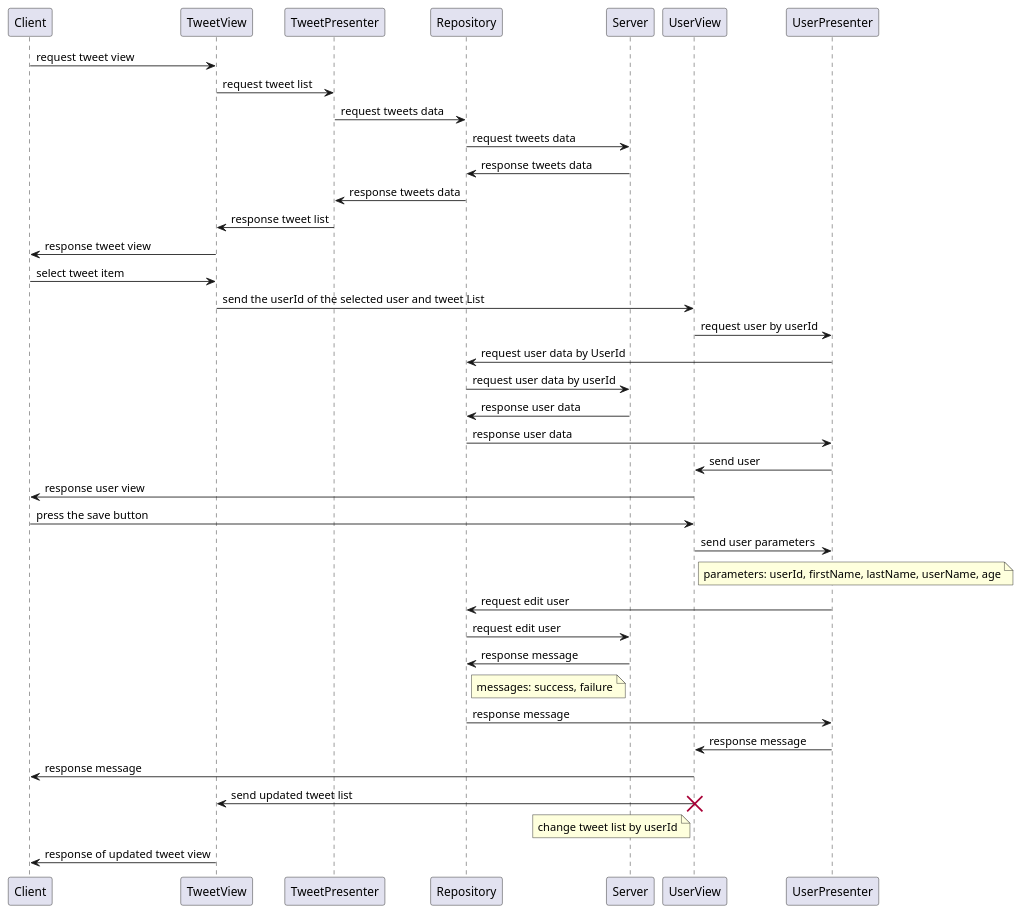
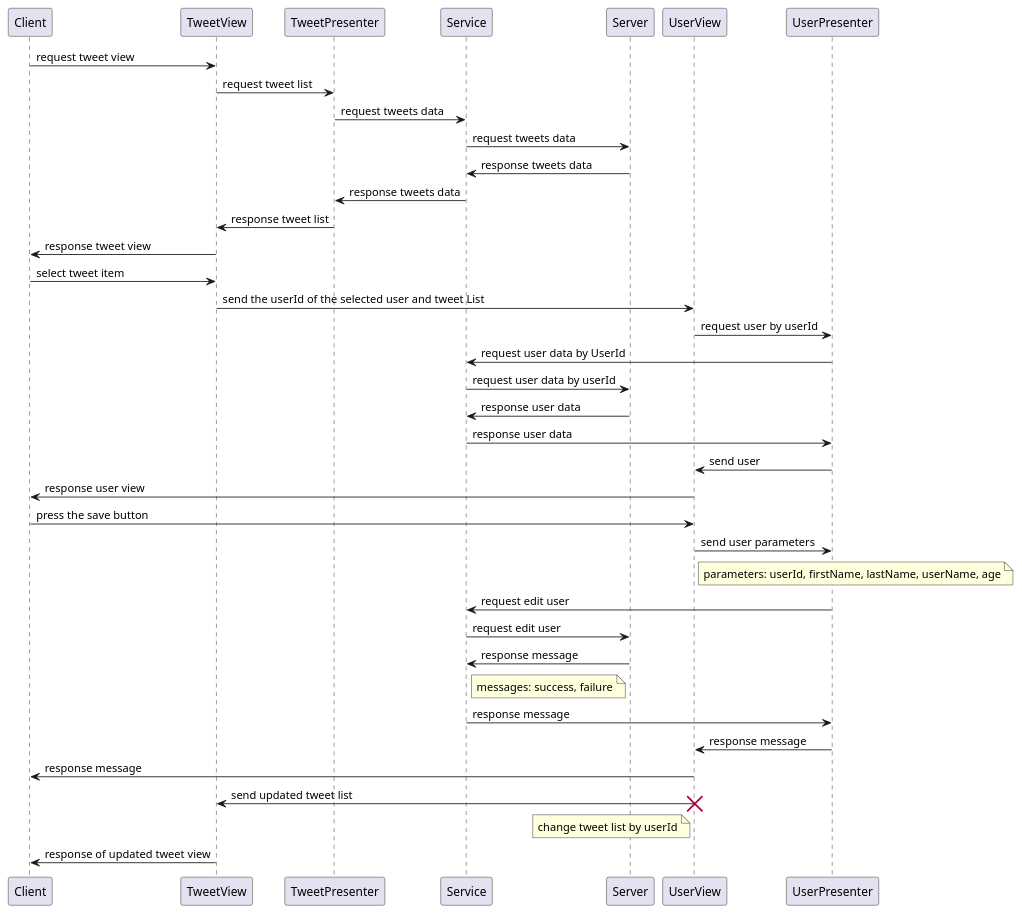
The diagram in TwitterAppMVP/Diagrams/sequenceDiagram.md (ahmettuztasi/TwitterAppMVP), drawn with PlantUML before and after one commit. The commit also changed 4 other files, not shown here.

```diff
--- a/TwitterAppMVP/Diagrams/sequenceDiagram.md
+++ b/TwitterAppMVP/Diagrams/sequenceDiagram.md
@@ -1,34 +1,34 @@
 @startuml
 Client->TweetView: request tweet view
 TweetView -> TweetPresenter: request tweet list
-TweetPresenter -> Repository: request tweets data
-Repository -> Server: request tweets data
-Server -> Repository: response tweets data
-Repository -> TweetPresenter: response tweets data
+TweetPresenter -> Service: request tweets data
+Service -> Server: request tweets data
+Server -> Service: response tweets data
+Service -> TweetPresenter: response tweets data
 TweetPresenter -> TweetView: response tweet list
 TweetView -> Client: response tweet view
 
 Client -> TweetView: select tweet item
 TweetView -> UserView: send the userId of the selected user and tweet List
 UserView -> UserPresenter: request user by userId
-UserPresenter -> Repository: request user data by UserId
-Repository -> Server: request user data by userId
-Server -> Repository: response user data
-Repository -> UserPresenter: response user data
+UserPresenter -> Service: request user data by UserId
+Service -> Server: request user data by userId
+Server -> Service: response user data
+Service -> UserPresenter: response user data
 UserPresenter -> UserView: send user
 UserView -> Client: response user view
 Client -> UserView: press the save button
 UserView -> UserPresenter: send user parameters
 note right of UserView: parameters: userId, firstName, lastName, userName, age
-UserPresenter -> Repository: request edit user
-Repository -> Server: request edit user
-Server -> Repository: response message
+UserPresenter -> Service: request edit user
+Service -> Server: request edit user
+Server -> Service: response message
 note left of Server: messages: success, failure
-Repository -> UserPresenter: response message
+Service -> UserPresenter: response message
 UserPresenter -> UserView: response message
 UserView -> Client: response message
 UserView -> TweetView: send updated tweet list
 note left of UserView: change tweet list by userId
 destroy UserView
 TweetView -> Client: response of updated tweet view
 @enduml
```
